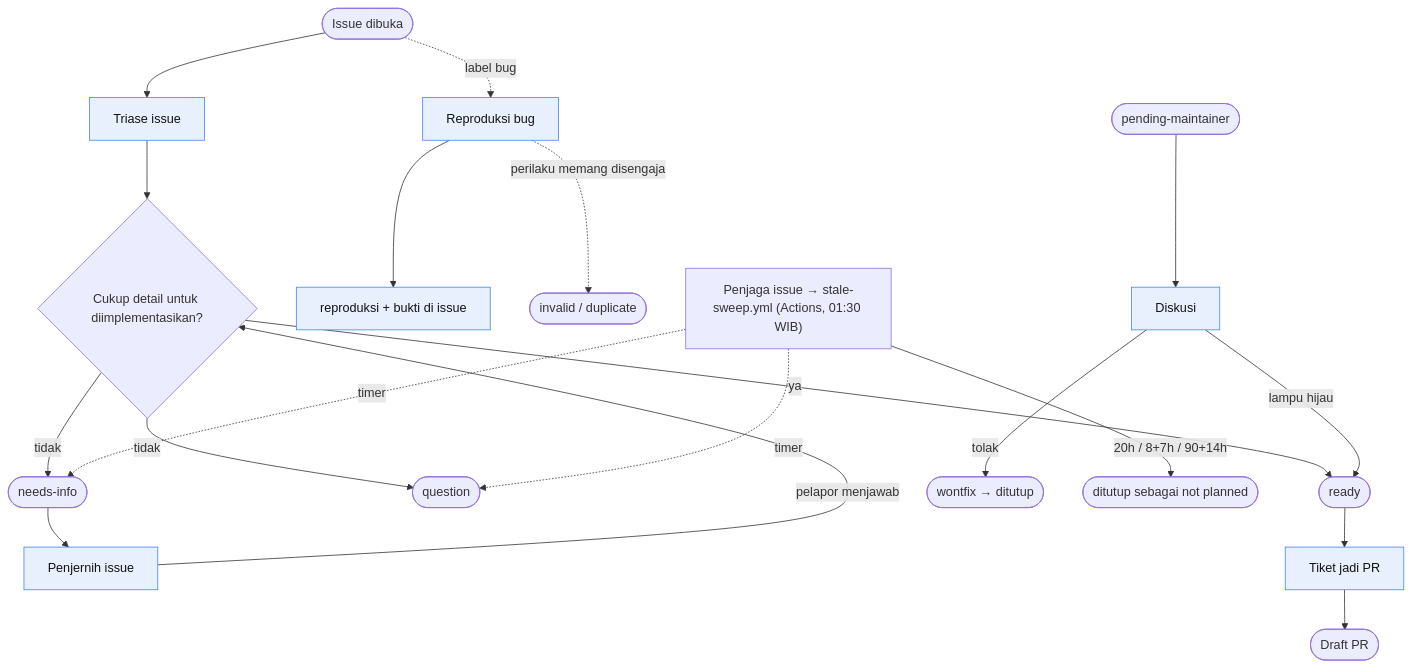
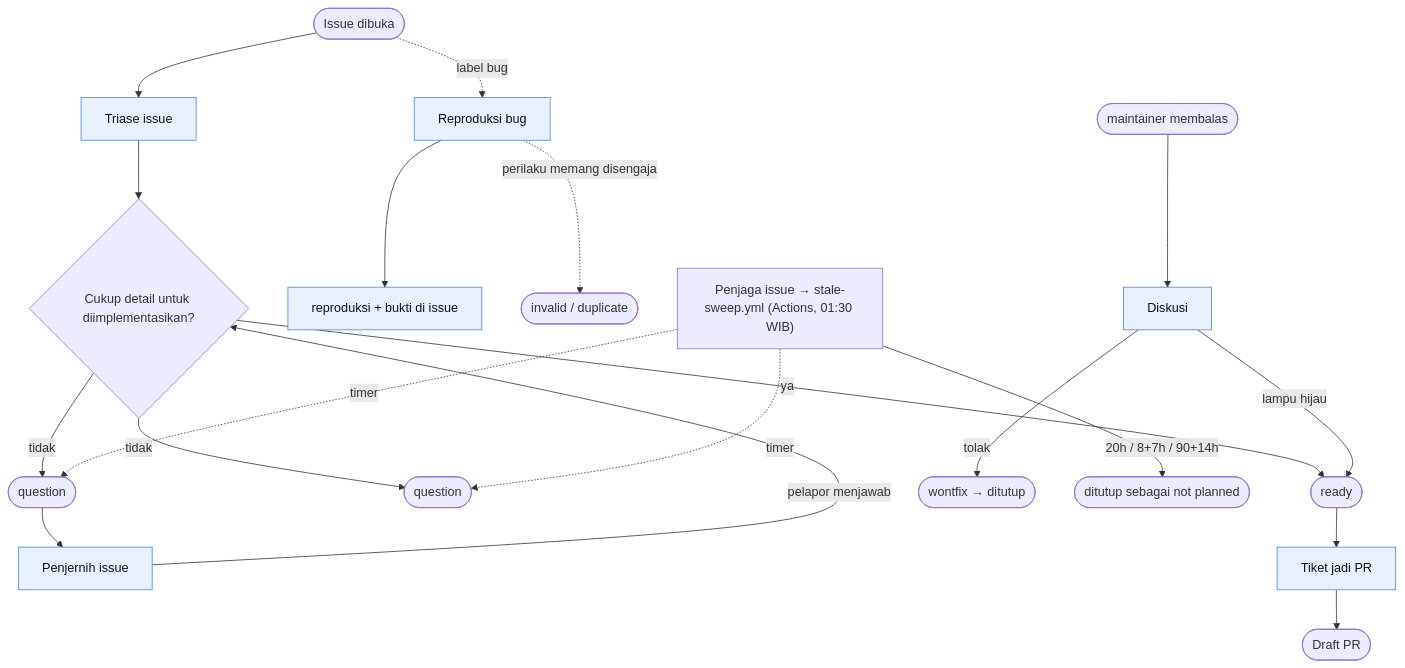
Before and after one commit to cipansor/cipansor: the third of 6 diagrams in docs/SDLC-FLOW.md, drawn with Mermaid. The commit also changed other lines of this file and 37 other files, not shown here.

First line of the commit message:
chore: retire needs-info/pending-maintainer/bot-implement, add per-type issue forms

````diff
--- a/docs/SDLC-FLOW.md
+++ b/docs/SDLC-FLOW.md
@@ -547,29 +538,29 @@
 ```mermaid
 flowchart TD
   classDef cloud fill:#e8f0fe,stroke:#4285f4,color:#111;
   classDef human fill:#e9f7ef,stroke:#27ae60,color:#111;
 
   I([Issue dibuka]) --> C15["Triase issue"]:::cloud
   C15 --> D{"Cukup detail untuk diimplementasikan?"}
   D -- ya --> R(["ready"])
   D -- tidak --> Q(["question"])
-  D -- tidak --> NI(["needs-info"])
+  D -- tidak --> NI(["question"])
 
   NI --> C16["Penjernih issue"]:::cloud
   C16 -- "pelapor menjawab" --> D
 
   I -. "label bug" .-> C5["Reproduksi bug"]:::cloud
   C5 --> BUG["reproduksi + bukti di issue"]:::cloud
   C5 -. "perilaku memang disengaja" .-> INV(["invalid / duplicate"])
 
-  PM(["pending-maintainer"]) --> C22["Diskusi"]:::cloud
+  PM(["maintainer membalas"]) --> C22["Diskusi"]:::cloud
   C22 -- "lampu hijau" --> R
   C22 -- "tolak" --> WF(["wontfix → ditutup"])
 
   R --> C6["Tiket jadi PR"]:::cloud --> DPR([Draft PR])
 
   C21["Penjaga issue → stale-sweep.yml (Actions, 01:30 WIB)"]:::gh
   C21 -. "timer" .-> NI
   C21 -. "timer" .-> Q
   C21 -- "20h / 8+7h / 90+14h" --> CL(["ditutup sebagai not planned"])
 ```
````
